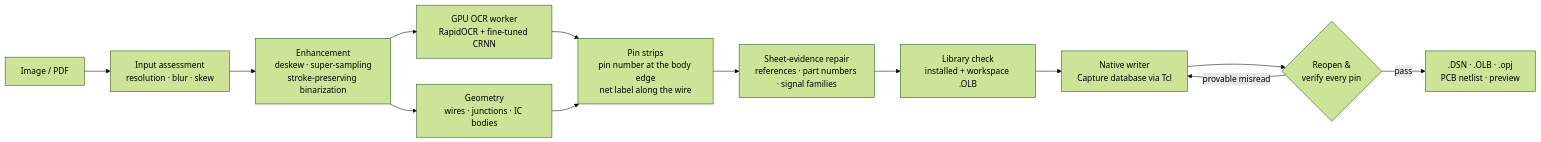
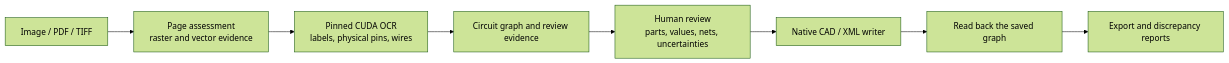
The diagram in README.md (Mithunjagan/DeCad), drawn with Mermaid (forest theme) before and after one commit. The commit also changed other lines of this file and 825 other files, not shown here.

````diff
--- a/README.md
+++ b/README.md
@@ -168,15 +146,10 @@
 ```mermaid
 flowchart LR
-    A["Image / PDF"] --> B["Input assessment<br/>resolution · blur · skew"]
-    B --> C["Enhancement<br/>deskew · super-sampling<br/>stroke-preserving binarization"]
-    C --> D["GPU OCR worker<br/>RapidOCR + fine-tuned CRNN"]
-    C --> E["Geometry<br/>wires · junctions · IC bodies"]
-    D --> F["Pin strips<br/>pin number at the body edge<br/>net label along the wire"]
-    E --> F
-    F --> G["Sheet-evidence repair<br/>references · part numbers · signal families"]
-    G --> H["Library check<br/>installed + workspace .OLB"]
-    H --> I["Native writer<br/>Capture database via Tcl"]
-    I --> J{"Reopen &<br/>verify every pin"}
-    J -->|provable misread| I
-    J -->|pass| K[".DSN · .OLB · .opj<br/>PCB netlist · preview"]
+    A["Image / PDF / TIFF"] --> B["Page assessment<br/>raster and vector evidence"]
+    B --> C["Pinned CUDA OCR<br/>labels, physical pins, wires"]
+    C --> D["Circuit graph and review evidence"]
+    D --> E["Human review<br/>parts, values, nets, uncertainties"]
+    E --> F["Native CAD / XML writer"]
+    F --> G["Read back the saved graph"]
+    G --> H["Export and discrepancy reports"]
 ```
````
